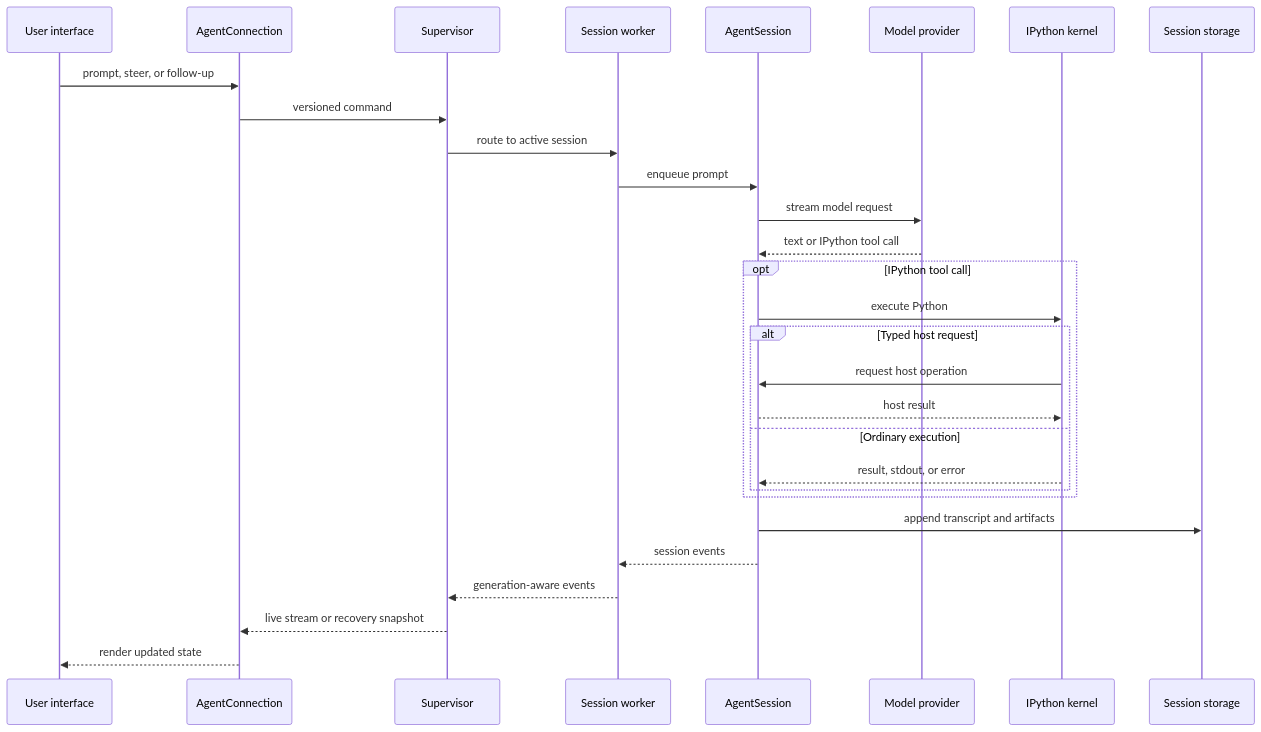
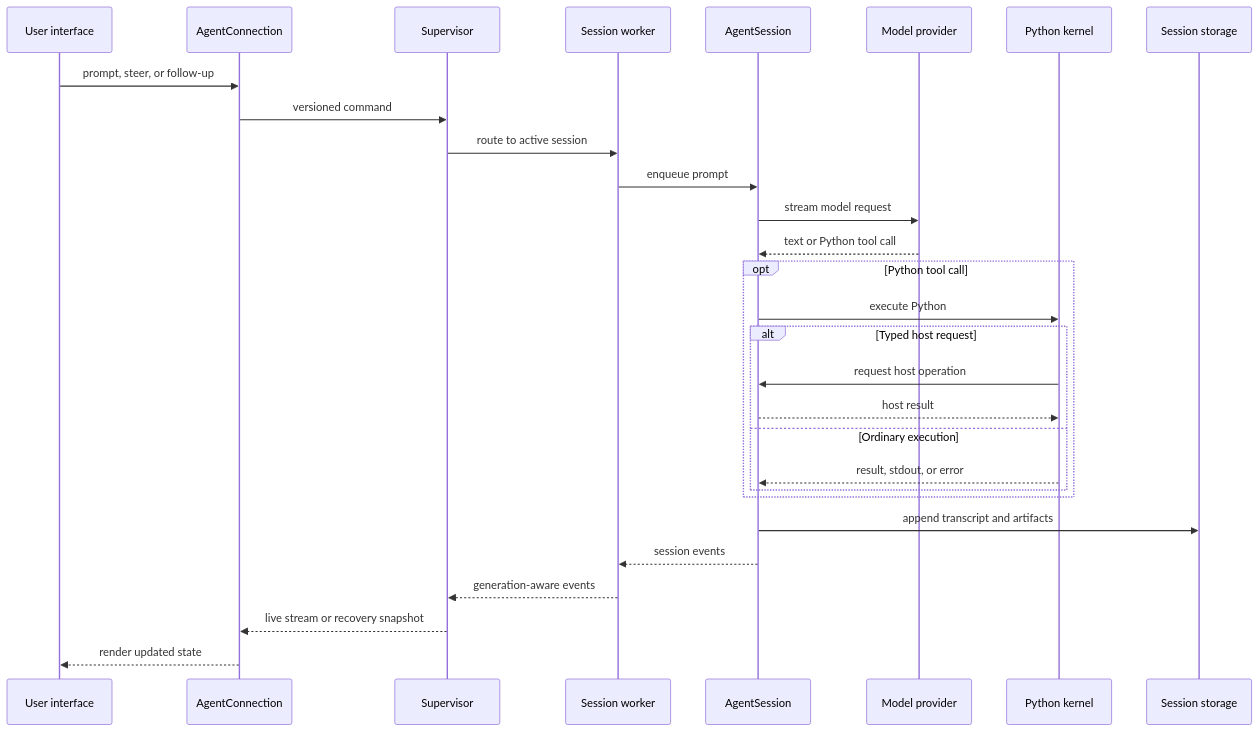
Before and after one commit to Orcein-Labs/Cyan: the second of 2 diagrams in packages/coding-agent/docs/architecture.md, drawn with Mermaid. The commit also changed other lines of this file and 111 other files, not shown here.

````diff
--- a/packages/coding-agent/docs/architecture.md
+++ b/packages/coding-agent/docs/architecture.md
@@ -53,32 +53,32 @@
 ```mermaid
 sequenceDiagram
     participant U as User interface
     participant C as AgentConnection
     participant S as Supervisor
     participant W as Session worker
     participant A as AgentSession
     participant P as Model provider
-    participant K as IPython kernel
+    participant K as Python kernel
     participant D as Session storage
 
     U->>C: prompt, steer, or follow-up
     C->>S: versioned command
     S->>W: route to active session
     W->>A: enqueue prompt
     A->>P: stream model request
-    P-->>A: text or IPython tool call
-    opt IPython tool call
+    P-->>A: text or Python tool call
+    opt Python tool call
         A->>K: execute Python
         alt Typed host request
             K->>A: request host operation
             A-->>K: host result
         else Ordinary execution
             K-->>A: result, stdout, or error
         end
     end
     A->>D: append transcript and artifacts
     A-->>W: session events
     W-->>S: generation-aware events
     S-->>C: live stream or recovery snapshot
     C-->>U: render updated state
 ```
````
